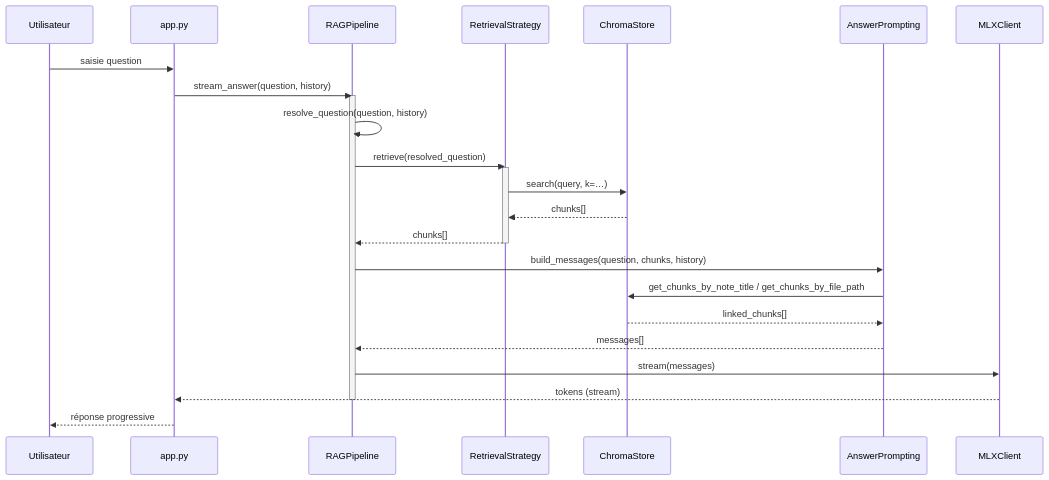
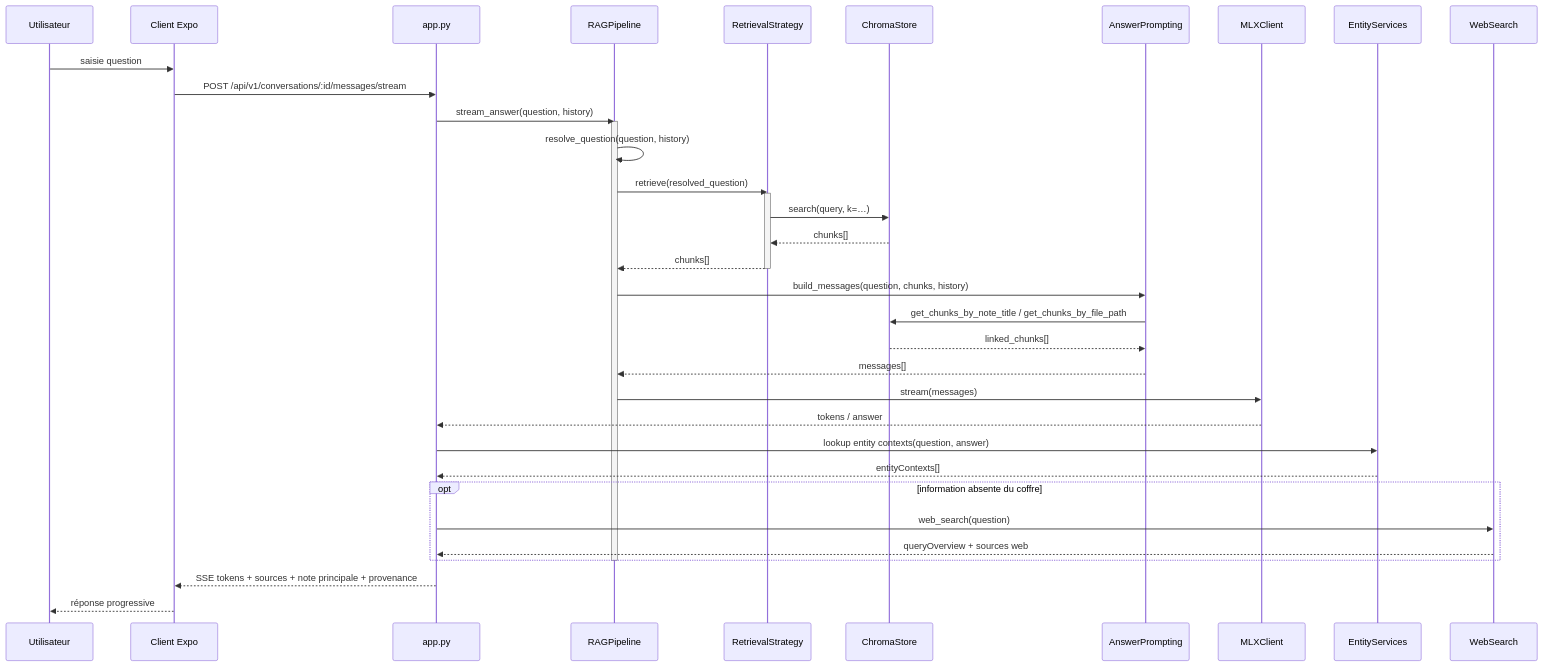
One commit to pat-the-geek/obsirag changed the second of 4 diagrams in docs/sequence.md. Above: the diagram before and after it, drawn with Mermaid. The commit also changed other lines of this file and 24 other files, not shown here.

````diff
--- a/docs/sequence.md
+++ b/docs/sequence.md
@@ -43,29 +47,40 @@
 ```mermaid
 sequenceDiagram
     participant U as Utilisateur
-    participant APP as app.py
+    participant EXPO as Client Expo
+    participant API as app.py
     participant RAG as RAGPipeline
     participant RS as RetrievalStrategy
     participant CS as ChromaStore
     participant AP as AnswerPrompting
     participant MLX as MLXClient
+    participant ES as EntityServices
+    participant WS as WebSearch
 
-    U->>APP: saisie question
-    APP->>RAG: stream_answer(question, history)
+    U->>EXPO: saisie question
+    EXPO->>API: POST /api/v1/conversations/:id/messages/stream
+    API->>RAG: stream_answer(question, history)
     activate RAG
     RAG->>RAG: resolve_question(question, history)
     RAG->>RS: retrieve(resolved_question)
     activate RS
     RS->>CS: search(query, k=…)
     CS-->>RS: chunks[]
     RS-->>RAG: chunks[]
     deactivate RS
     RAG->>AP: build_messages(question, chunks, history)
     AP->>CS: get_chunks_by_note_title / get_chunks_by_file_path
     CS-->>AP: linked_chunks[]
     AP-->>RAG: messages[]
     RAG->>MLX: stream(messages)
-    MLX-->>APP: tokens (stream)
+    MLX-->>API: tokens / answer
+    API->>ES: lookup entity contexts(question, answer)
+    ES-->>API: entityContexts[]
+    opt information absente du coffre
+        API->>WS: web_search(question)
+        WS-->>API: queryOverview + sources web
+    end
     deactivate RAG
-    APP-->>U: réponse progressive
+    API-->>EXPO: SSE tokens + sources + note principale + provenance
+    EXPO-->>U: réponse progressive
 ```
````
